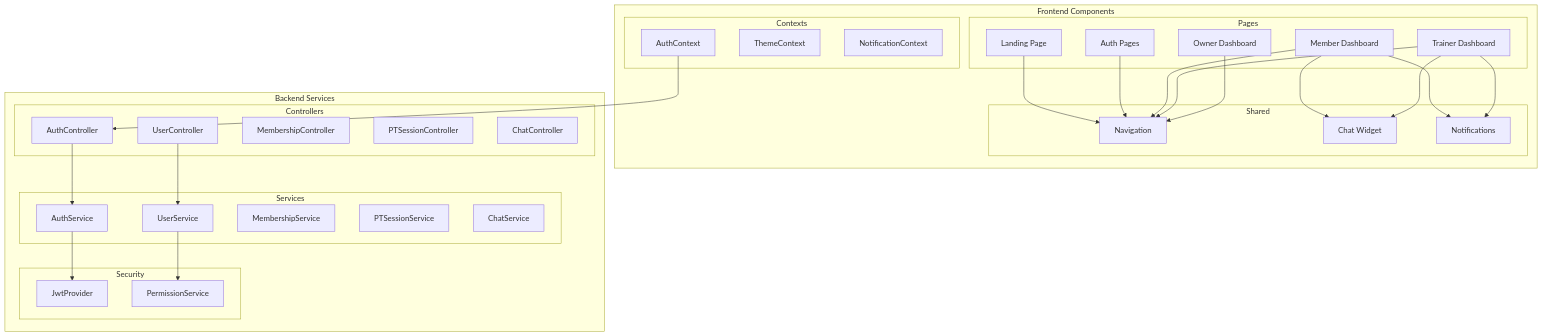
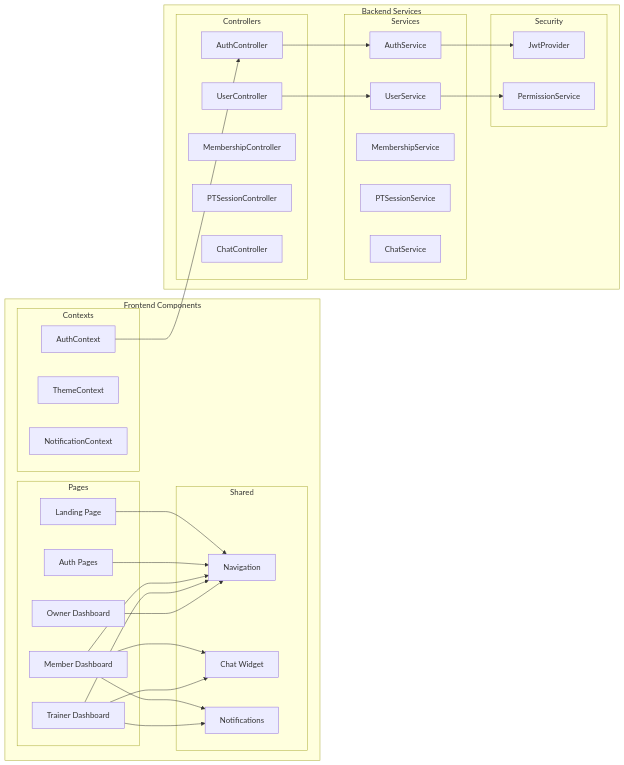
The second of 5 diagrams in docs/architecture_and_design/system_architecture.md (coded-with-aryan0426/gym-management-system-fullstack), drawn with Mermaid before and after one commit. The commit also changed 34 other files, not shown here.

Commit message:
Update architecture diagrams and documentation

````diff
--- a/docs/architecture_and_design/system_architecture.md
+++ b/docs/architecture_and_design/system_architecture.md
@@ -116,54 +116,54 @@
 ```mermaid
-flowchart TB
-    subgraph Frontend["Frontend Components"]
+flowchart LR
+    subgraph Frontend Components
         subgraph Pages
             LP[Landing Page]
             AUTH[Auth Pages]
             MD[Member Dashboard]
             TD[Trainer Dashboard]
             OD[Owner Dashboard]
         end
 
         subgraph Shared
             NAV[Navigation]
             CHAT[Chat Widget]
             NOTIF[Notifications]
         end
 
         subgraph Contexts
             AC[AuthContext]
             TC[ThemeContext]
             NC[NotificationContext]
         end
     end
 
-    subgraph Backend["Backend Services"]
+    subgraph Backend Services
         subgraph Controllers
             AuthC[AuthController]
             UserC[UserController]
             MemC[MembershipController]
             PTc[PTSessionController]
             ChatC[ChatController]
         end
 
         subgraph Services
             AuthS[AuthService]
             UserS[UserService]
             MemS[MembershipService]
             PTs[PTSessionService]
             ChatS[ChatService]
         end
 
         subgraph Security
             JWT[JwtProvider]
             RBAC[PermissionService]
         end
     end
 
     LP & AUTH & MD & TD & OD --> NAV
     MD & TD --> CHAT & NOTIF
-
+    
     AC --> AuthC
     AuthC --> AuthS --> JWT
     UserC --> UserS --> RBAC
 ```
````
